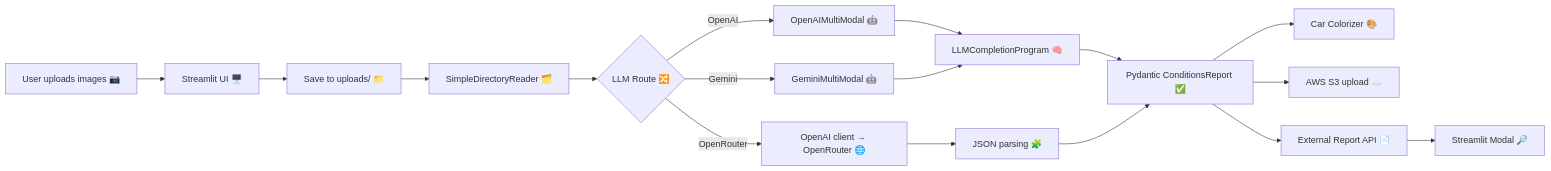
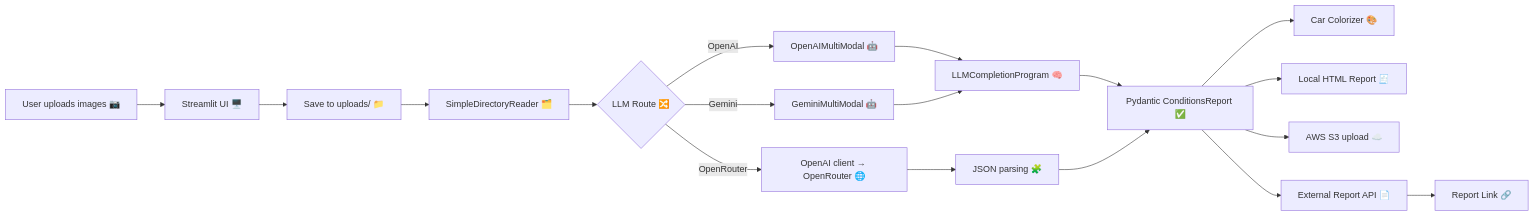
Before and after one commit to HunterAlpha7/AutoTraceAi: the first of 2 diagrams in ARCHITECTURE.md, drawn with Mermaid. The commit also changed other lines of this file and 2 other files, not shown here.

````diff
--- a/ARCHITECTURE.md
+++ b/ARCHITECTURE.md
@@ -25,19 +29,20 @@
 ```mermaid
 flowchart LR
   U[User uploads images 📷] --> ST[Streamlit UI 🖥️]
   ST --> SAVE[Save to uploads/ 📁]
   SAVE --> READ[SimpleDirectoryReader 🗂️]
   READ --> ROUTE{LLM Route 🔀}
   ROUTE -->|OpenAI| OA[OpenAIMultiModal 🤖]
   ROUTE -->|Gemini| GM[GeminiMultiModal 🤖]
   ROUTE -->|OpenRouter| OR[OpenAI client → OpenRouter 🌐]
   OA --> PROG[LLMCompletionProgram 🧠]
   GM --> PROG
   OR --> JSON[JSON parsing 🧩]
   PROG --> OUT[Pydantic ConditionsReport ✅]
   JSON --> OUT
   OUT --> CLR[Car Colorizer 🎨]
+  OUT --> MODAL[Local HTML Report 🧾]
   OUT --> S3[AWS S3 upload ☁️]
   OUT --> RS[External Report API 📄]
-  RS --> MODAL[Streamlit Modal 🔎]
+  RS --> LINK[Report Link 🔗]
 ```
````
